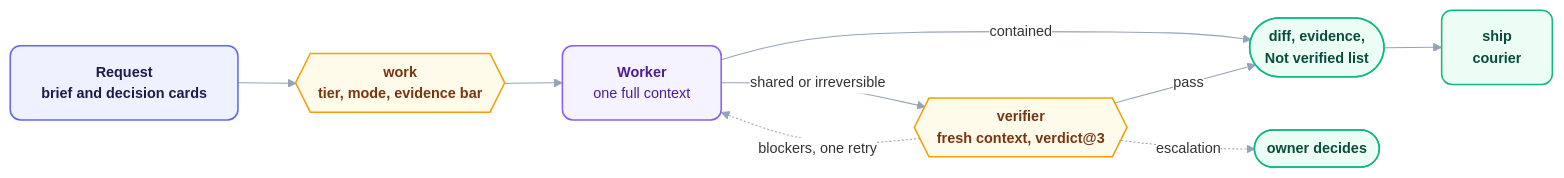
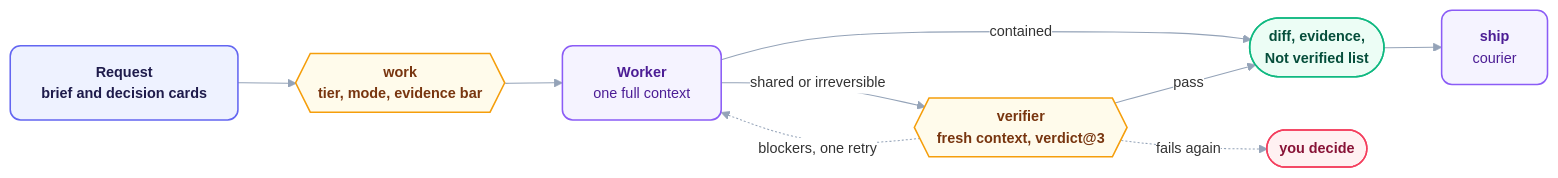
Before and after one commit to orin-dx/wisp-plugins: the diagram in plugins/wisp/README.md, drawn with Mermaid. The commit also changed other lines of this file and 43 other files, not shown here.

First line of the commit message:
docs: finish v5 docs, diagrams, plugin READMEs and mason for the v5 model

````diff
--- a/plugins/wisp/README.md
+++ b/plugins/wisp/README.md
@@ -89,22 +61,24 @@
 ```mermaid
 %%{init: {'theme': 'base', 'flowchart': {'curve': 'basis', 'nodeSpacing': 40, 'rankSpacing': 56}, 'themeVariables': {'fontFamily': 'Inter, ui-sans-serif, system-ui, sans-serif', 'fontSize': '14px', 'lineColor': '#94a3b8', 'edgeLabelBackground': '#ffffff'}}}%%
 flowchart LR
     classDef source fill:#eef2ff,stroke:#6366f1,stroke-width:1.5px,color:#1e1b4b,rx:10px,ry:10px,font-weight:600;
     classDef engine fill:#f5f3ff,stroke:#8b5cf6,stroke-width:1.5px,color:#4c1d95,rx:10px,ry:10px;
     classDef router fill:#fffbeb,stroke:#f59e0b,stroke-width:1.5px,color:#78350f,rx:10px,ry:10px,font-weight:600;
     classDef output fill:#ecfdf5,stroke:#10b981,stroke-width:1.5px,color:#064e3b,rx:10px,ry:10px,font-weight:600;
+    classDef alert fill:#fff1f2,stroke:#f43f5e,stroke-width:1.5px,color:#881337,rx:10px,ry:10px,font-weight:600;
 
     Brief["<b>Request</b><br/>brief and decision cards"] --> Work{{"<b>work</b><br/>tier, mode, evidence bar"}}
     Work --> Do["<b>Worker</b><br/>one full context"]
     Do -->|"contained"| Out(["diff, evidence,<br/>Not verified list"])
     Do -->|"shared or irreversible"| Verify{{"<b>verifier</b><br/>fresh context, verdict@3"}}
     Verify -->|"pass"| Out
     Verify -.->|"blockers, one retry"| Do
-    Verify -.->|"escalation"| Owner(["owner decides"])
+    Verify -.->|"fails again"| Owner(["you decide"])
     Out --> Ship["<b>ship</b><br/>courier"]
 
     class Brief source
-    class Do engine
+    class Do,Ship engine
     class Work,Verify router
-    class Out,Owner,Ship output
+    class Out output
+    class Owner alert
 ```
````
